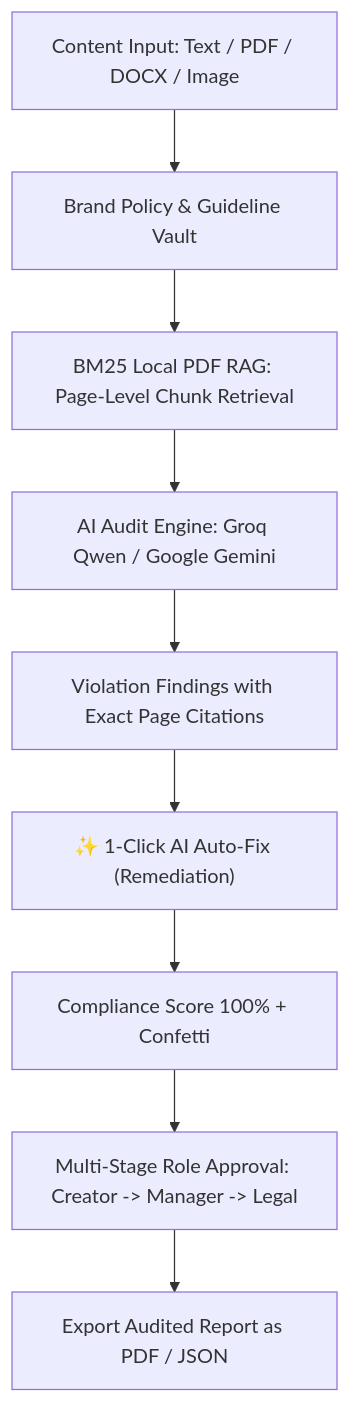
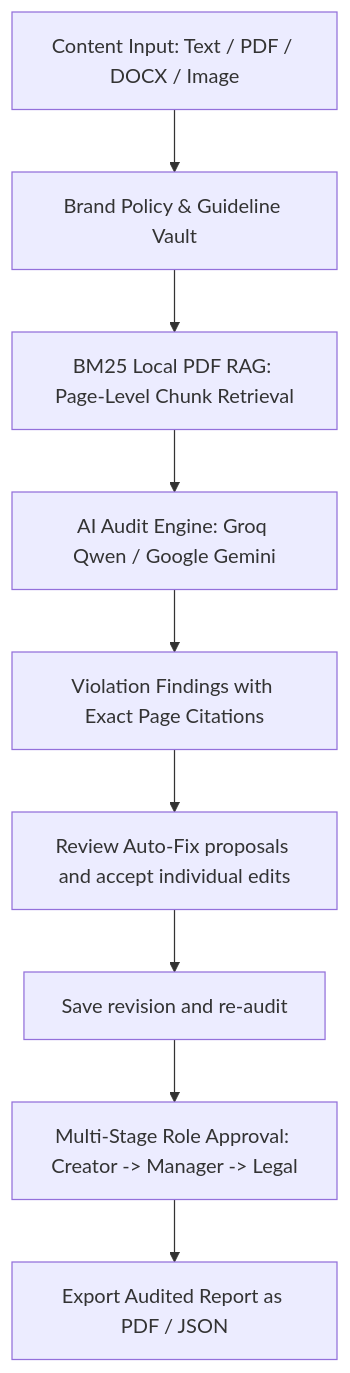
One commit to GitKrishna-source/BrandGuard changed the diagram in README.md. Above: the diagram before and after it, drawn with Mermaid. The commit also changed other lines of this file and 13 other files, not shown here.

Commit message:
Add transparent Auto-Fix review with individual edit acceptance

````diff
--- a/README.md
+++ b/README.md
@@ -26,11 +26,11 @@
 ```mermaid
 graph TD
     A[Content Input: Text / PDF / DOCX / Image] --> B[Brand Policy & Guideline Vault]
     B --> C[BM25 Local PDF RAG: Page-Level Chunk Retrieval]
     C --> D[AI Audit Engine: Groq Qwen / Google Gemini]
     D --> E[Violation Findings with Exact Page Citations]
-    E --> F["✨ 1-Click AI Auto-Fix (Remediation)"]
-    F --> G[Compliance Score 100% + Confetti]
+    E --> F[Review Auto-Fix proposals and accept individual edits]
+    F --> G[Save revision and re-audit]
     G --> H[Multi-Stage Role Approval: Creator -> Manager -> Legal]
     H --> I[Export Audited Report as PDF / JSON]
 ```
````
